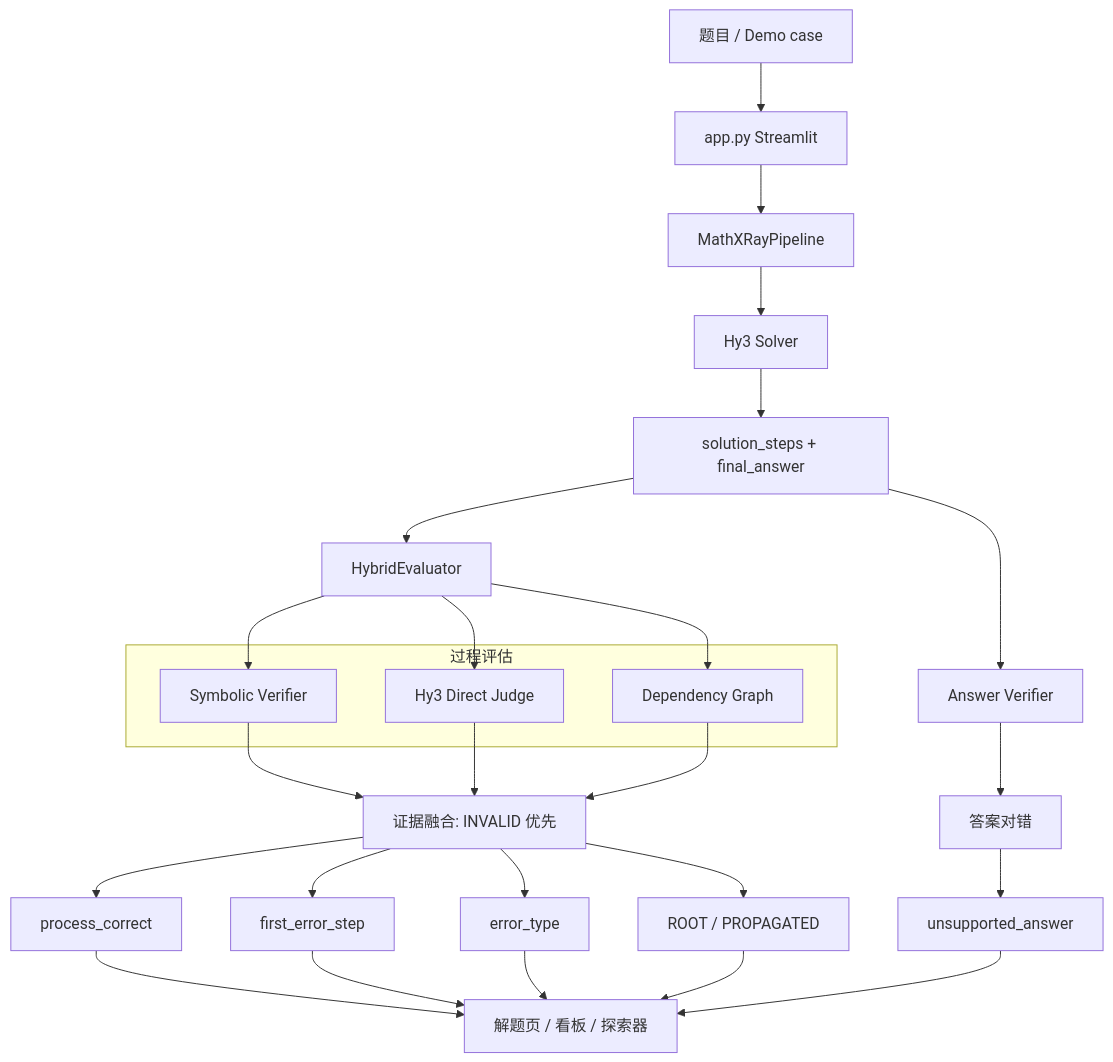
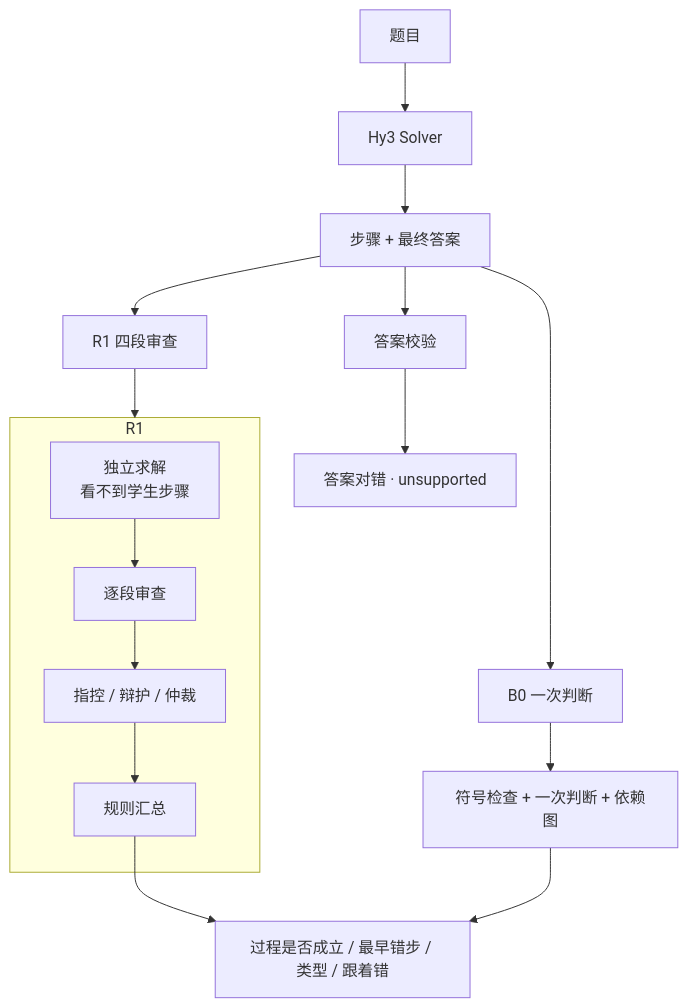
Before and after one commit to fish-tooth/MathXRay: the first of 2 diagrams in README.md, drawn with Mermaid. The commit also changed other lines of this file and 44 other files, not shown here.

````diff
--- a/README.md
+++ b/README.md
@@ -103,36 +61,22 @@
 ```mermaid
 flowchart TD
-    U[题目 / Demo case] --> APP[app.py Streamlit]
-    APP --> PIPE[MathXRayPipeline]
+    U[题目] --> S[Hy3 Solver]
+    S --> T[步骤 + 最终答案]
+    T --> FA[答案校验]
+    T --> B0[B0 一次判断]
+    T --> R1[R1 四段审查]
 
-    PIPE --> S[Hy3 Solver]
-    S --> T[solution_steps + final_answer]
-
-    T --> FA[Answer Verifier]
-    T --> P[HybridEvaluator]
-
-    subgraph PE[过程评估]
-        SV[Symbolic Verifier]
-        HC[Hy3 Direct Judge]
-        DG[Dependency Graph]
+    subgraph r1flow [R1]
+        I[独立求解<br/>看不到学生步骤]
+        W[逐段审查]
+        D[指控 / 辩护 / 仲裁]
+        F[规则汇总]
+        I --> W --> D --> F
     end
 
-    P --> SV
-    P --> HC
-    P --> DG
-    SV --> AGG[证据融合: INVALID 优先]
-    HC --> AGG
-    DG --> AGG
-
-    FA --> OUT[答案对错]
-    AGG --> E1[process_correct]
-    AGG --> E2[first_error_step]
-    AGG --> E3[error_type]
-    AGG --> E4[ROOT / PROPAGATED]
-    OUT --> E5[unsupported_answer]
-    E1 --> UI[解题页 / 看板 / 探索器]
-    E2 --> UI
-    E3 --> UI
-    E4 --> UI
-    E5 --> UI
+    R1 --> r1flow
+    B0 --> H[符号检查 + 一次判断 + 依赖图]
+    F --> OUT[过程是否成立 / 最早错步 / 类型 / 跟着错]
+    H --> OUT
+    FA --> UA[答案对错 · unsupported]
 ```
````
